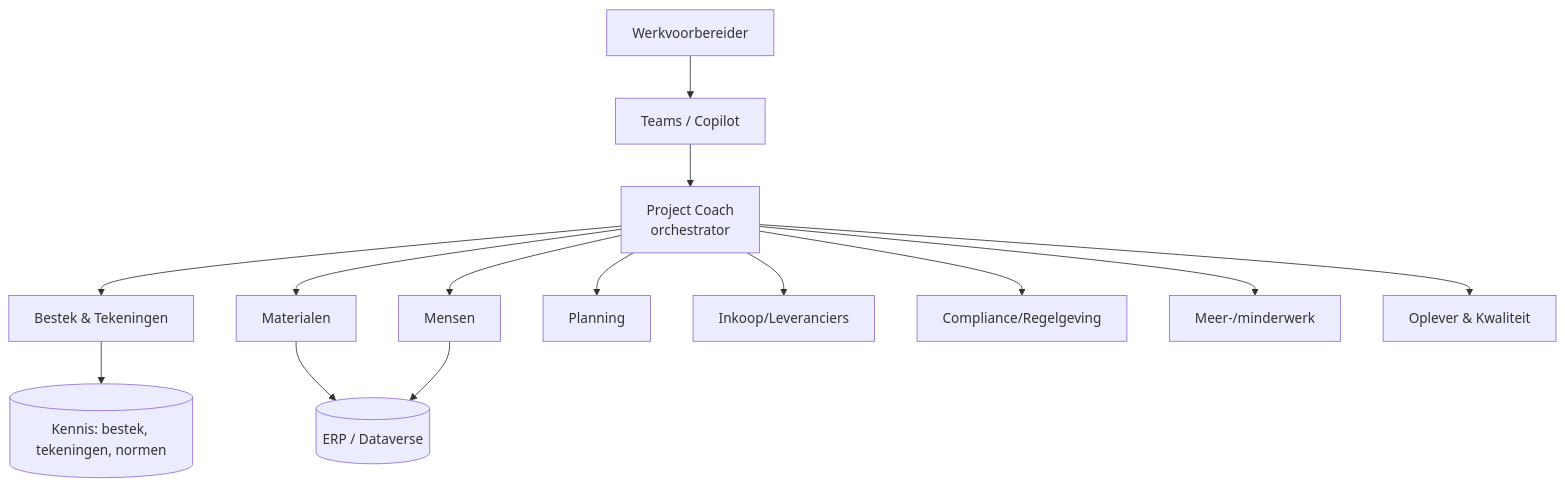
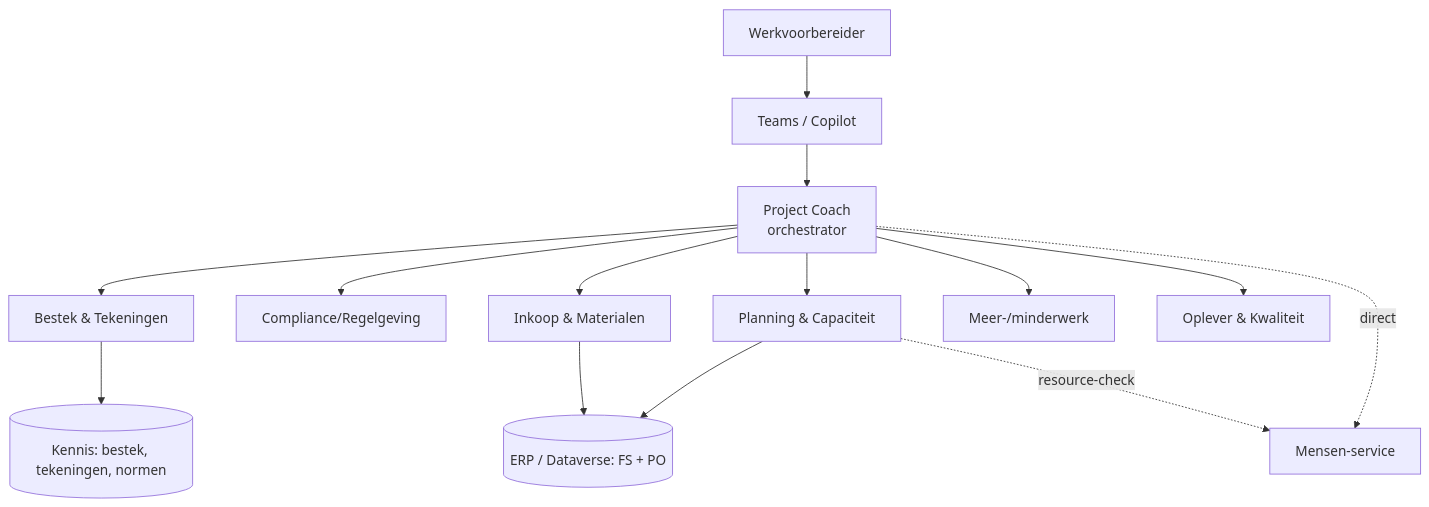
One commit to basvb1992/werkvoorbereider-agent-blueprint changed the diagram in referentie/project-coach/architectuur.md. Above: the diagram before and after it, drawn with Mermaid. The commit also changed other lines of this file and 16 other files, not shown here.

Commit message:
Refactor architectuur: 8->6 kern-sub-agents (Materialen+Inkoop samengevoegd) + Mensen als herbruikbare service; decompositie op WVB-domein + verantwoording

````diff
--- a/referentie/project-coach/architectuur.md
+++ b/referentie/project-coach/architectuur.md
@@ -52,16 +52,16 @@
 ```mermaid
 flowchart TD
   WVB[Werkvoorbereider] --> UI[Teams / Copilot]
   UI --> PC[Project Coach\norchestrator]
   PC --> BA[Bestek & Tekeningen]
-  PC --> ME[Mensen]
-  PC --> MA[Materialen]
-  PC --> PL[Planning]
-  PC --> IN[Inkoop/Leveranciers]
   PC --> CO[Compliance/Regelgeving]
+  PC --> IM[Inkoop & Materialen]
+  PC --> PL[Planning & Capaciteit]
   PC --> MM[Meer-/minderwerk]
   PC --> OP[Oplever & Kwaliteit]
+  PL -. resource-check .-> ME[Mensen-service]
+  PC -. direct .-> ME
   BA --> K[(Kennis: bestek, tekeningen, normen)]
-  MA --> D[(ERP / Dataverse)]
-  ME --> D
+  IM --> D[(ERP / Dataverse: FS + PO)]
+  PL --> D
 ```
````
